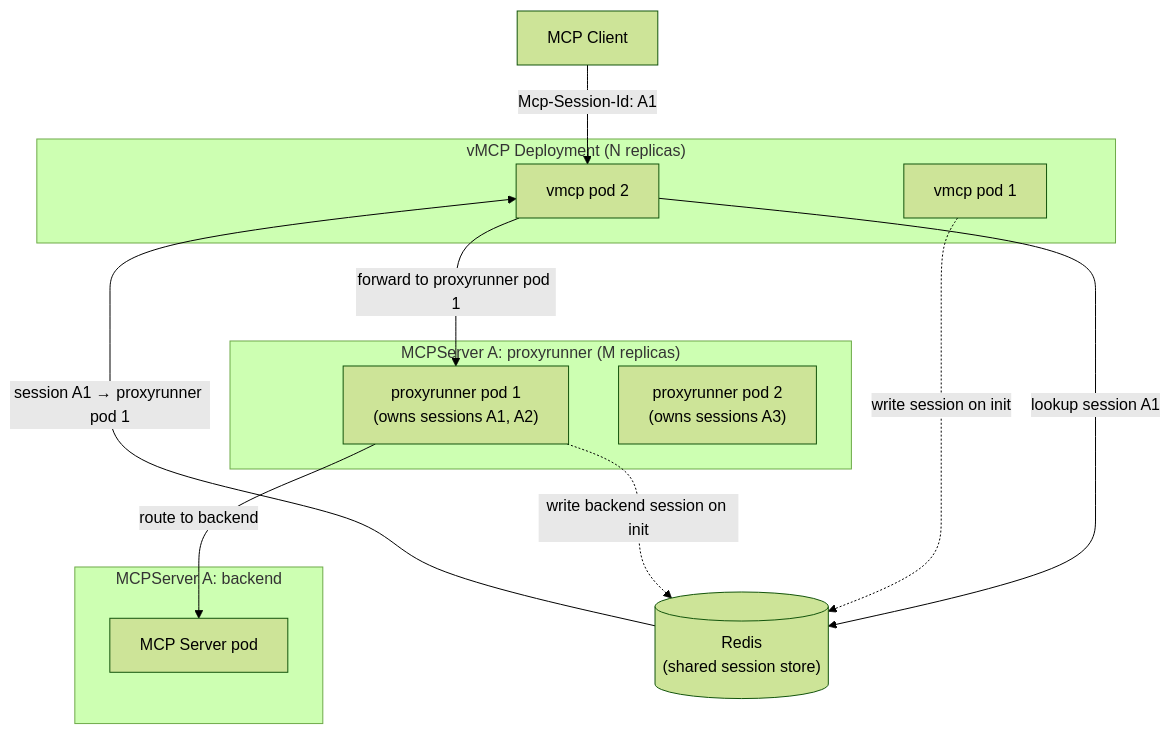
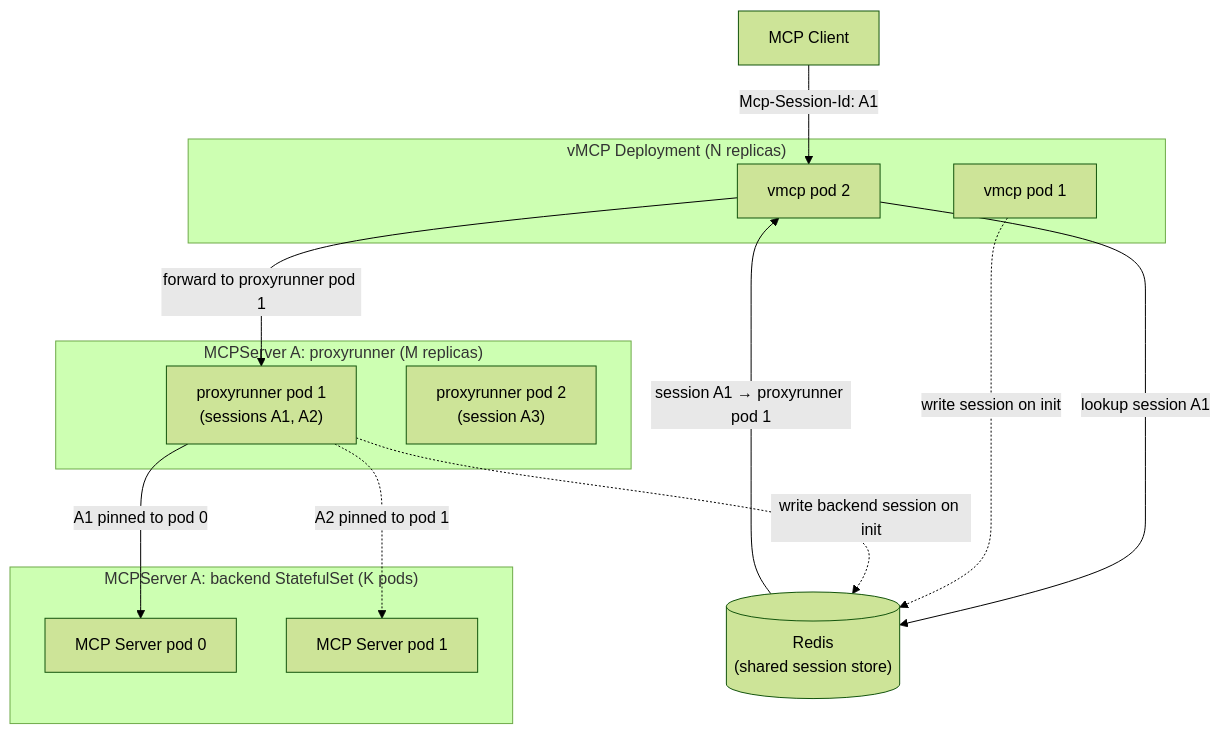
Before and after one commit to stacklok/toolhive-rfcs: the second of 2 diagrams in rfcs/THV-XXXX-vmcp-proxyrunner-horizontal-scaling.md, drawn with Mermaid (forest theme). The commit also changed other lines of this file, not shown here.

First line of the commit message:
Address review feedback on vMCP horizontal scaling RFC

````diff
--- a/rfcs/THV-XXXX-vmcp-proxyrunner-horizontal-scaling.md
+++ b/rfcs/THV-XXXX-vmcp-proxyrunner-horizontal-scaling.md
@@ -176,29 +187,31 @@
 ```mermaid
 graph TB
     Client[MCP Client]
 
     subgraph "vMCP Deployment (N replicas)"
         V1["vmcp pod 1"]
         V2["vmcp pod 2"]
     end
 
-    Redis[("Redis\n(shared session store)")]
+    Redis[("Redis<br/>(shared session store)")]
 
     subgraph "MCPServer A: proxyrunner (M replicas)"
-        PR1["proxyrunner pod 1\n(owns sessions A1, A2)"]
-        PR2["proxyrunner pod 2\n(owns sessions A3)"]
+        PR1["proxyrunner pod 1<br/>(sessions A1, A2)"]
+        PR2["proxyrunner pod 2<br/>(session A3)"]
     end
 
-    subgraph "MCPServer A: backend"
-        STS1["MCP Server pod"]
+    subgraph "MCPServer A: backend StatefulSet (K pods)"
+        STS1["MCP Server pod 0"]
+        STS2["MCP Server pod 1"]
     end
 
     Client -->|Mcp-Session-Id: A1| V2
     V2 -->|lookup session A1| Redis
     Redis -->|session A1 → proxyrunner pod 1| V2
     V2 -->|forward to proxyrunner pod 1| PR1
-    PR1 -->|route to backend| STS1
+    PR1 -->|A1 pinned to pod 0| STS1
+    PR1 -.->|A2 pinned to pod 1| STS2
 
     V1 -.->|write session on init| Redis
     PR1 -.->|write backend session on init| Redis
 ```
````
